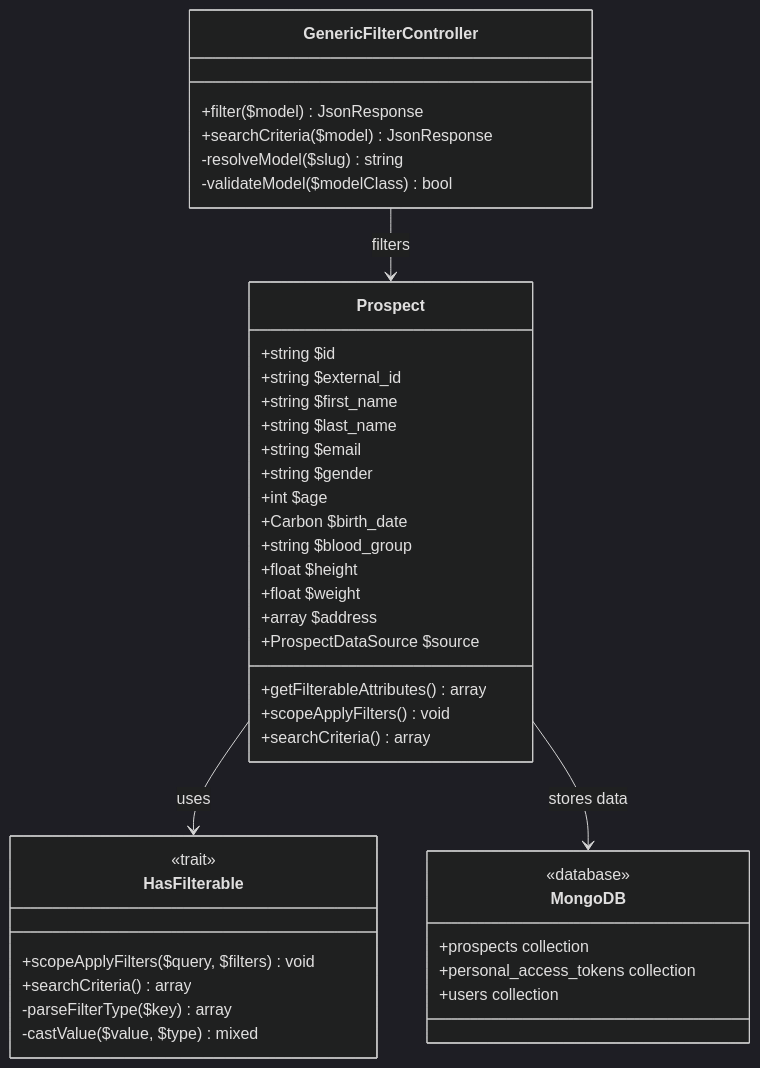
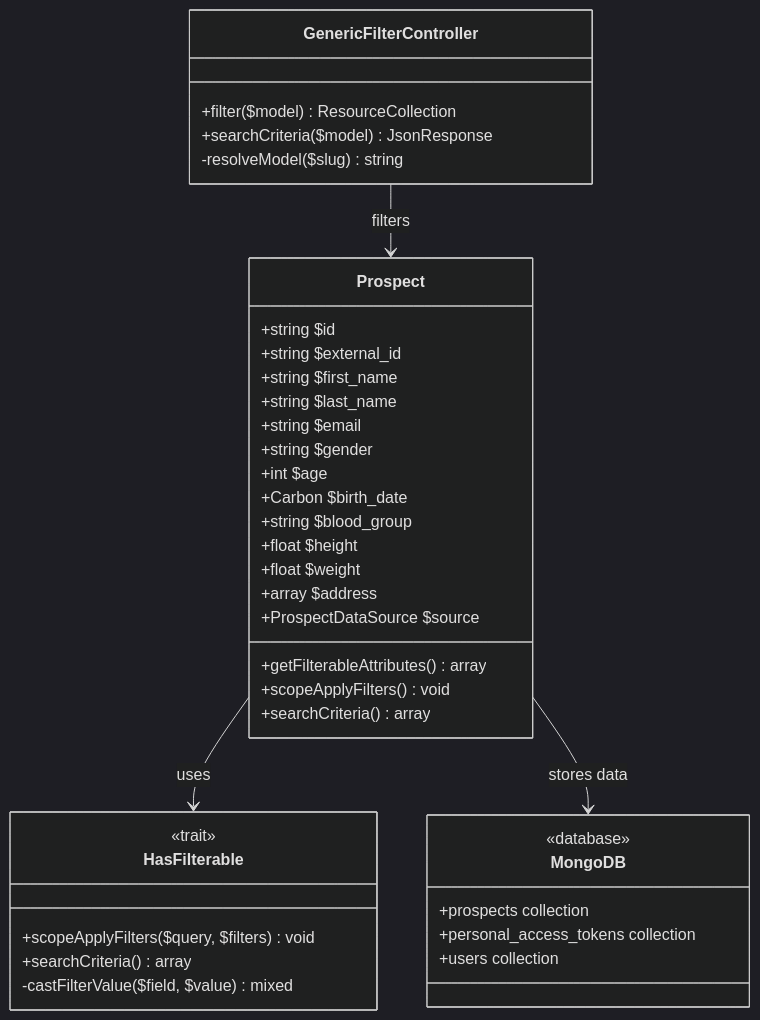
One commit to chrisoco/APDE_BE changed the fifth of 6 diagrams in docs/src/GenericFilter.md. Above: the diagram before and after it, drawn with Mermaid (dark theme). The commit also changed other lines of this file and 7 other files, not shown here.

````diff
--- a/docs/src/GenericFilter.md
+++ b/docs/src/GenericFilter.md
@@ -173,47 +173,45 @@
 ```mermaid
 classDiagram
     class Prospect {
         +string $id
         +string $external_id
         +string $first_name
         +string $last_name
         +string $email
         +string $gender
         +int $age
         +Carbon $birth_date
         +string $blood_group
         +float $height
         +float $weight
         +array $address
         +ProspectDataSource $source
         +getFilterableAttributes() array
         +scopeApplyFilters() void
         +searchCriteria() array
     }
     
     class HasFilterable {
         <<trait>>
         +scopeApplyFilters($query, $filters) void
         +searchCriteria() array
-        -parseFilterType($key) array
-        -castValue($value, $type) mixed
+        -castFilterValue($field, $value) mixed
     }
     
     class GenericFilterController {
-        +filter($model) JsonResponse
+        +filter($model) ResourceCollection
         +searchCriteria($model) JsonResponse
         -resolveModel($slug) string
-        -validateModel($modelClass) bool
     }
     
     class MongoDB {
         <<database>>
         +prospects collection
         +personal_access_tokens collection
         +users collection
     }
     
     Prospect --> HasFilterable : uses
     GenericFilterController --> Prospect : filters
     Prospect --> MongoDB : stores data
 ```
````
